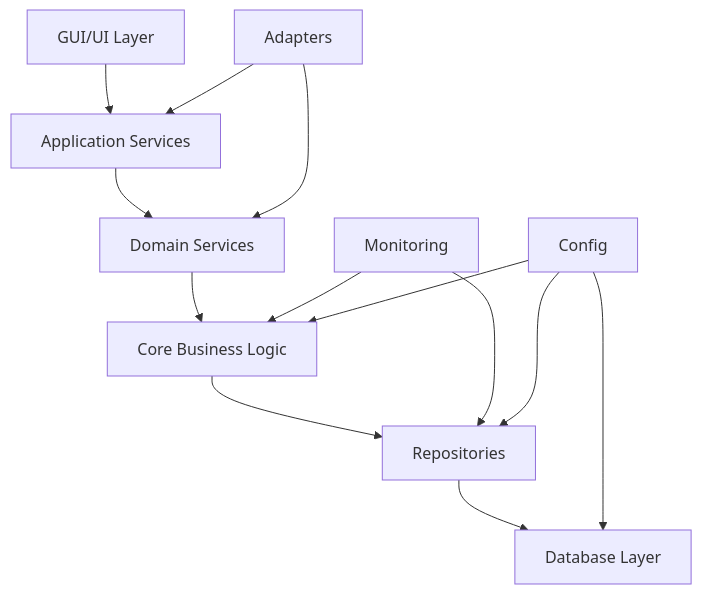
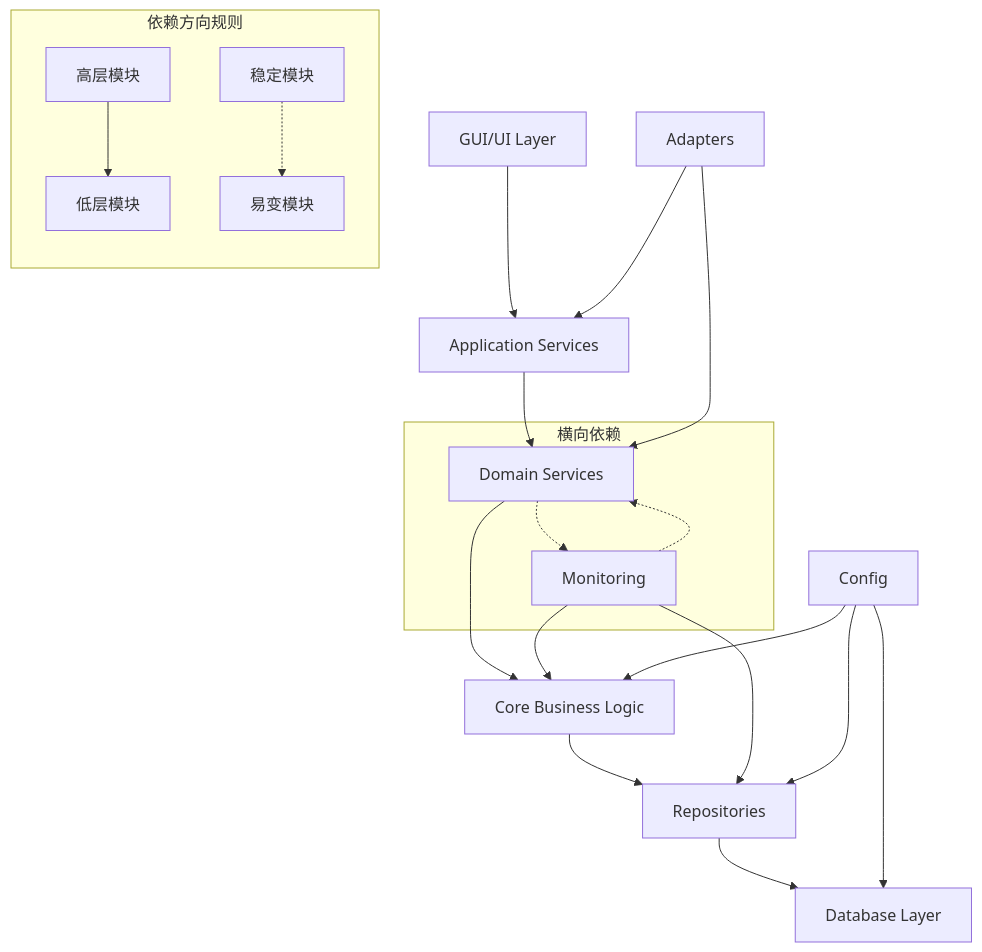
The second of 2 diagrams in .trae/documents/项目结构分析文档.md (pared2021/honkai-star-rail-automation), drawn with Mermaid before and after one commit. The commit also changed other lines of this file and 26 other files, not shown here.

````diff
--- a/.trae/documents/项目结构分析文档.md
+++ b/.trae/documents/项目结构分析文档.md
@@ -140,18 +156,29 @@
 ```mermaid
 graph TD
     A[GUI/UI Layer] --> B[Application Services]
     B --> C[Domain Services]
     C --> D[Core Business Logic]
     D --> E[Repositories]
     E --> F[Database Layer]
     
     G[Adapters] --> B
     G --> C
     
     H[Monitoring] --> D
     H --> E
     
     I[Config] --> D
     I --> E
     I --> F
+    
+    subgraph "依赖方向规则"
+        direction TB
+        HIGH[高层模块] --> LOW[低层模块]
+        STABLE[稳定模块] -.-> VOLATILE[易变模块]
+    end
+    
+    subgraph "横向依赖"
+        H -.-> C
+        C -.-> H
+    end
 ```
````
